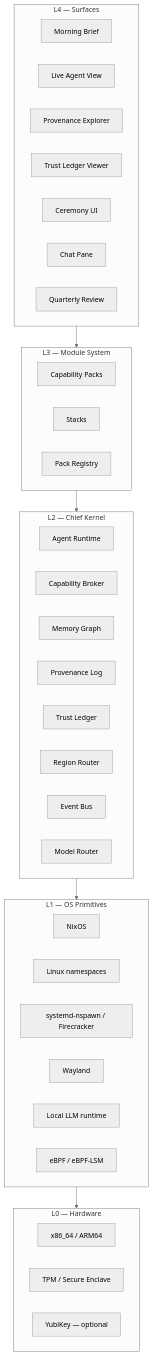
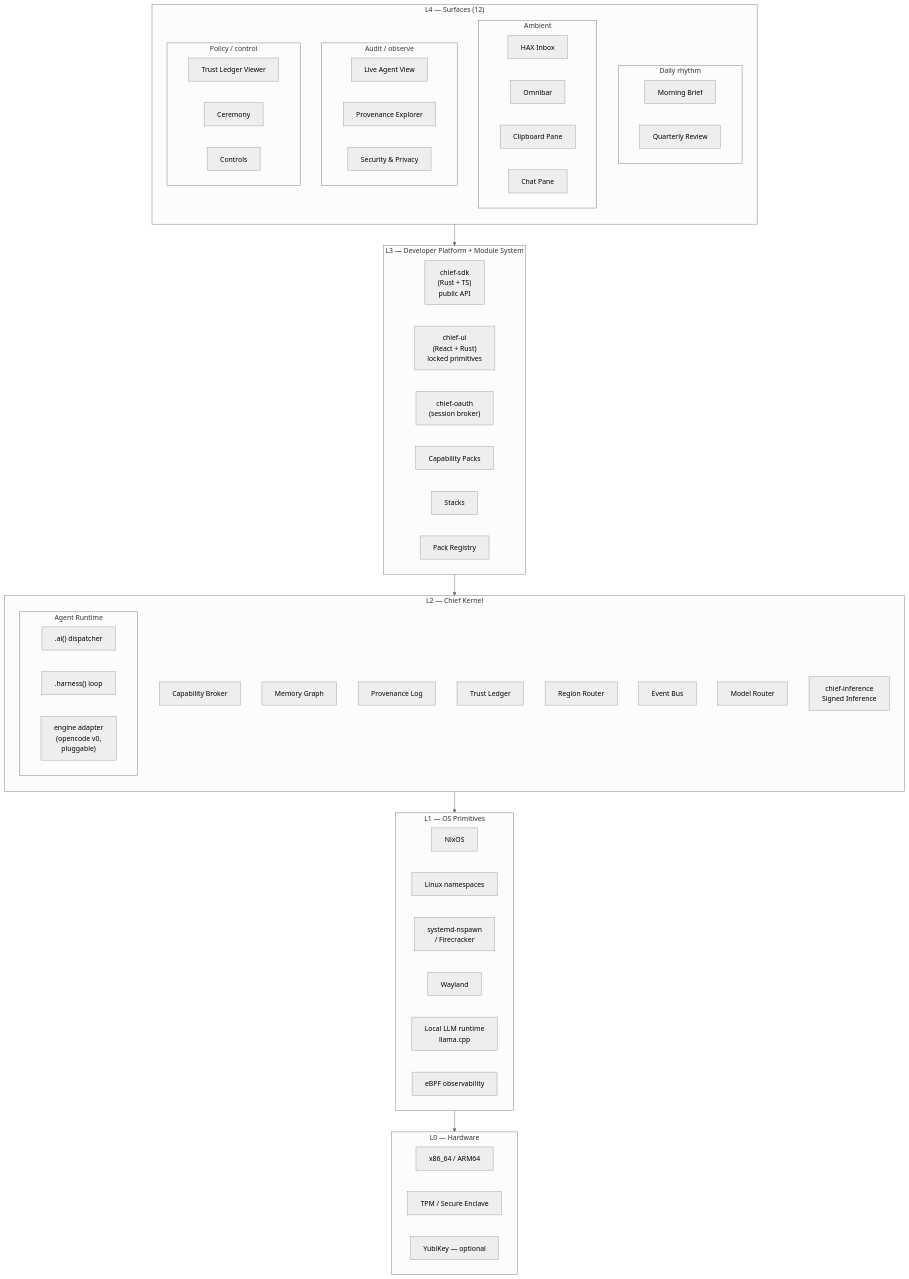
The diagram in docs/diagrams/layers.mmd (santoshkumarradha/ChiefOS), drawn with Mermaid (neutral theme) before and after one commit. The commit also changed 1 other file, not shown here.

Commit message:
docs(diagrams): sync layers.mmd standalone file with inline diagram in 02-architecture.md

```diff
--- a/docs/diagrams/layers.mmd
+++ b/docs/diagrams/layers.mmd
@@ -1,41 +1,70 @@
-%% Chief OS — layer stack (L0–L4)
+%% Chief OS — layer stack (L0–L4) — updated 2026-04-21 post ADR-0010/11/12/13
 %% Embedded in: docs/02-architecture.md
 flowchart TD
-    subgraph L4[L4 — Surfaces]
-        MB[Morning Brief]
-        LV[Live Agent View]
-        PE[Provenance Explorer]
-        TL[Trust Ledger Viewer]
-        CE[Ceremony UI]
-        CH[Chat Pane]
-        QR[Quarterly Review]
+    subgraph L4["L4 — Surfaces (12)"]
+        direction TB
+        subgraph L4a["Daily rhythm"]
+            MB[Morning Brief]
+            QR[Quarterly Review]
+        end
+        subgraph L4b["Ambient"]
+            HI[HAX Inbox]
+            OB[Omnibar]
+            CP2[Clipboard Pane]
+            CH[Chat Pane]
+        end
+        subgraph L4c["Audit / observe"]
+            LV[Live Agent View]
+            PE[Provenance Explorer]
+            SP[Security & Privacy]
+        end
+        subgraph L4d["Policy / control"]
+            TL[Trust Ledger Viewer]
+            CE[Ceremony]
+            CT[Controls]
+        end
     end
-    subgraph L3[L3 — Module System]
+
+    subgraph L3["L3 — Developer Platform + Module System"]
+        direction LR
+        SDK["chief-sdk<br/>(Rust + TS)<br/>public API"]
+        UI["chief-ui<br/>(React + Rust)<br/>locked primitives"]
+        OAUTH["chief-oauth<br/>(session broker)"]
         CP[Capability Packs]
         SK[Stacks]
         RG[Pack Registry]
     end
-    subgraph L2[L2 — Chief Kernel]
-        AR[Agent Runtime]
+
+    subgraph L2["L2 — Chief Kernel"]
+        direction TB
+        subgraph L2AR["Agent Runtime"]
+            AI[".ai() dispatcher"]
+            HR[".harness() loop"]
+            EA["engine adapter<br/>(opencode v0,<br/>pluggable)"]
+        end
         CB[Capability Broker]
         MG[Memory Graph]
         PL[Provenance Log]
         TLD[Trust Ledger]
         RR[Region Router]
         EB[Event Bus]
         MR[Model Router]
+        CI[chief-inference<br/>Signed Inference]
     end
-    subgraph L1[L1 — OS Primitives]
+
+    subgraph L1["L1 — OS Primitives"]
         NIX[NixOS]
         NS[Linux namespaces]
-        SN[systemd-nspawn / Firecracker]
+        SN[systemd-nspawn<br/>/ Firecracker]
         WL[Wayland]
-        LLM[Local LLM runtime]
-        EBPF[eBPF / eBPF-LSM]
+        LLM[Local LLM runtime<br/>llama.cpp]
+        EBPF[eBPF observability]
     end
-    subgraph L0[L0 — Hardware]
+
+    subgraph L0["L0 — Hardware"]
         CPU[x86_64 / ARM64]
         TPM[TPM / Secure Enclave]
         YK[YubiKey — optional]
     end
+
     L4 --> L3 --> L2 --> L1 --> L0
```
